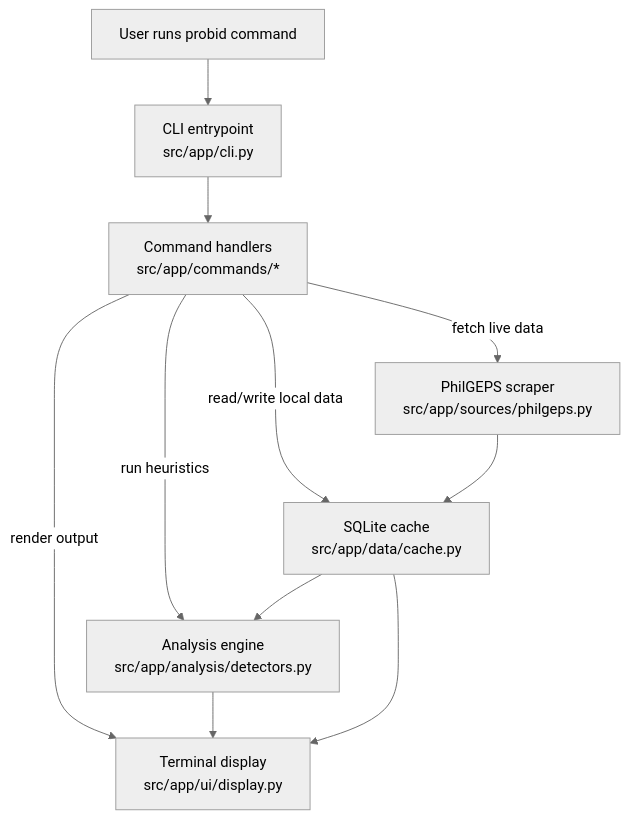
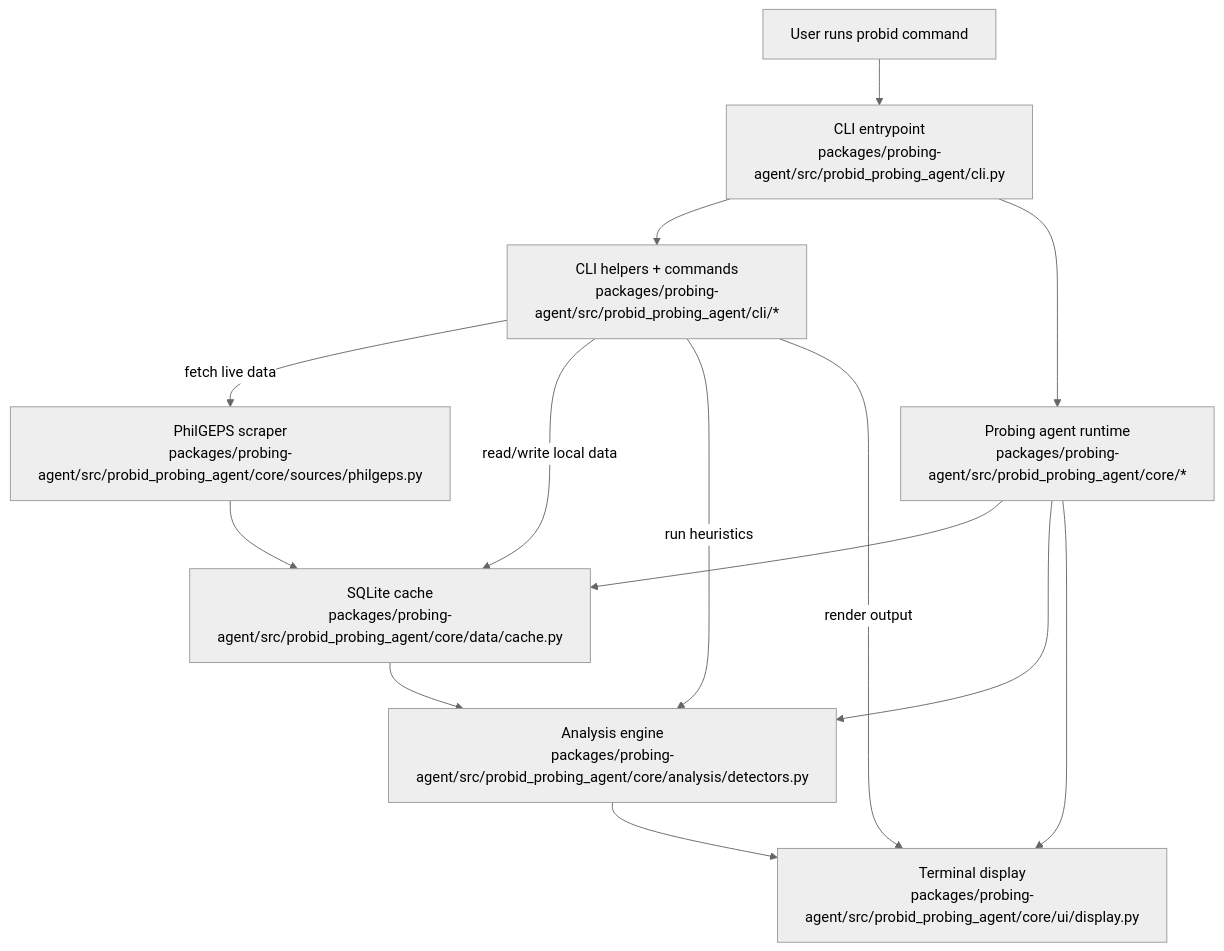
One commit to leodyversemilla07/probid changed the diagram in README.md. Above: the diagram before and after it, drawn with Mermaid (neutral theme). The commit also changed other lines of this file and 189 other files, not shown here.

````diff
--- a/README.md
+++ b/README.md
@@ -170,15 +220,18 @@
 ```mermaid
 flowchart TD
-    User["User runs probid command"] --> CLI["CLI entrypoint\nsrc/app/cli.py"]
-    CLI --> Commands["Command handlers\nsrc/app/commands/*"]
+    User["User runs probid command"] --> CLI["CLI entrypoint\npackages/probing-agent/src/probid_probing_agent/cli.py"]
+    CLI --> Commands["CLI helpers + commands\npackages/probing-agent/src/probid_probing_agent/cli/*"]
+    CLI --> Harness["Probing agent runtime\npackages/probing-agent/src/probid_probing_agent/core/*"]
 
-    Commands -->|fetch live data| Source["PhilGEPS scraper\nsrc/app/sources/philgeps.py"]
-    Commands -->|read/write local data| Cache["SQLite cache\nsrc/app/data/cache.py"]
-    Commands -->|run heuristics| Detectors["Analysis engine\nsrc/app/analysis/detectors.py"]
-    Commands -->|render output| UI["Terminal display\nsrc/app/ui/display.py"]
+    Commands -->|fetch live data| Source["PhilGEPS scraper\npackages/probing-agent/src/probid_probing_agent/core/sources/philgeps.py"]
+    Commands -->|read/write local data| Cache["SQLite cache\npackages/probing-agent/src/probid_probing_agent/core/data/cache.py"]
+    Commands -->|run heuristics| Detectors["Analysis engine\npackages/probing-agent/src/probid_probing_agent/core/analysis/detectors.py"]
+    Commands -->|render output| UI["Terminal display\npackages/probing-agent/src/probid_probing_agent/core/ui/display.py"]
+    Harness --> Cache
+    Harness --> Detectors
+    Harness --> UI
 
     Source --> Cache
     Cache --> Detectors
     Detectors --> UI
-    Cache --> UI
 ```
````
